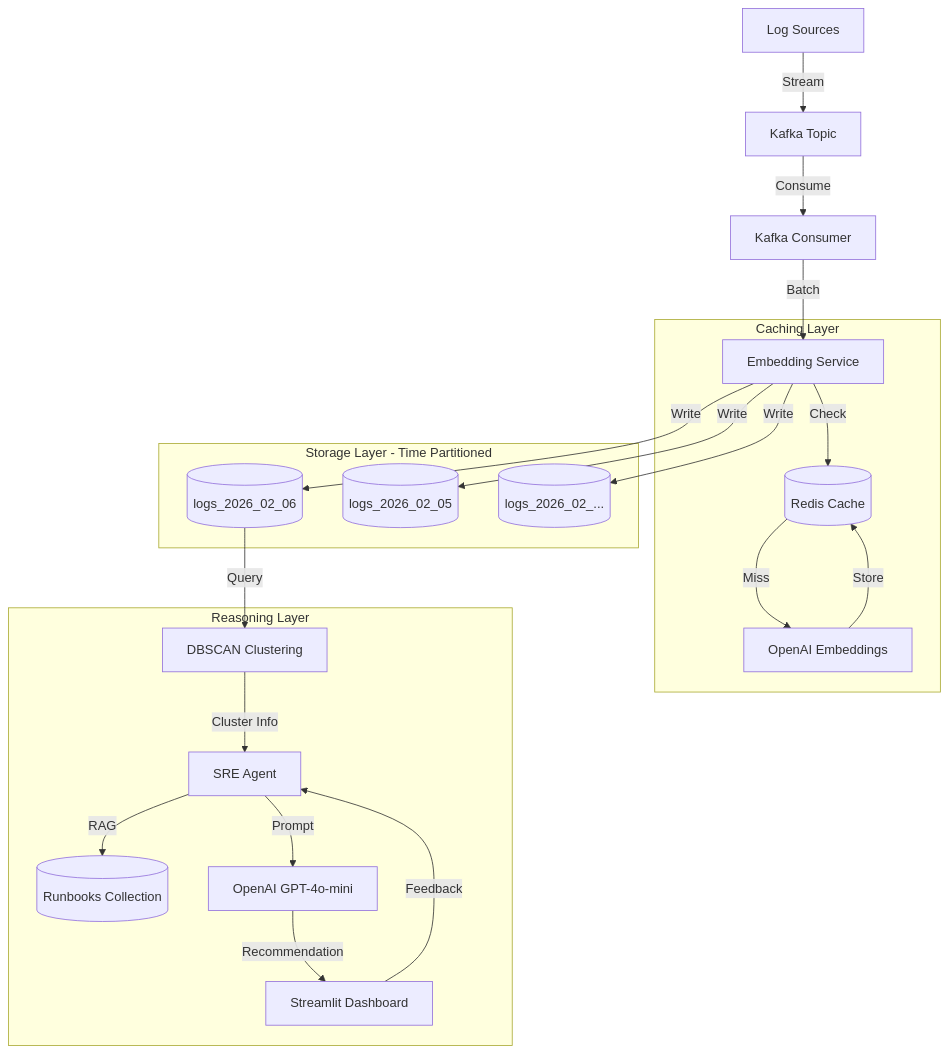
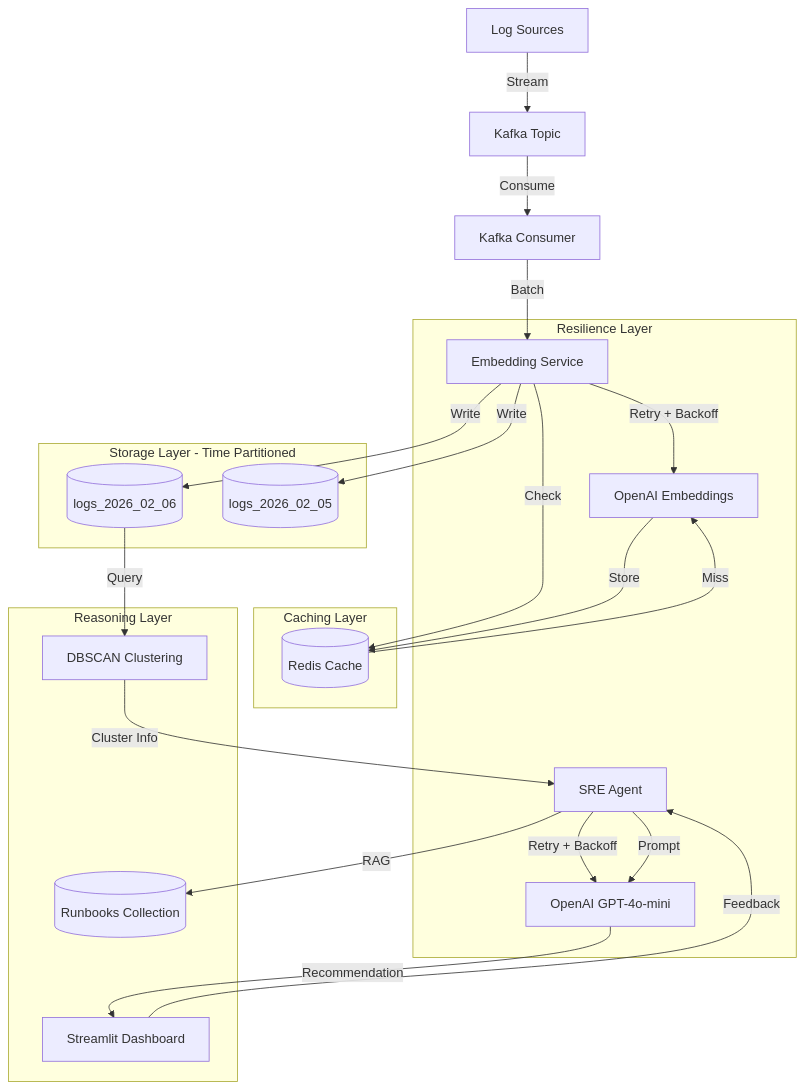
The diagram in README.md (sanjibani/autonomous-sre-agent), drawn with Mermaid before and after one commit.

Commit message:
Update architecture diagram with resilience layer

````diff
--- a/README.md
+++ b/README.md
@@ -24,28 +24,32 @@
 ```mermaid
 graph TD
     Logs[Log Sources] -->|Stream| Kafka[Kafka Topic]
     Kafka -->|Consume| Consumer[Kafka Consumer]
     Consumer -->|Batch| Embed[Embedding Service]
     
+    subgraph "Resilience Layer"
+        Embed -->|Retry + Backoff| OpenAI_Embed[OpenAI Embeddings]
+        Agent -->|Retry + Backoff| OpenAI_LLM[OpenAI GPT-4o-mini]
+    end
+
     subgraph "Caching Layer"
         Embed -->|Check| Redis[(Redis Cache)]
-        Redis -->|Miss| OpenAI[OpenAI Embeddings]
-        OpenAI -->|Store| Redis
+        Redis -->|Miss| OpenAI_Embed
+        OpenAI_Embed -->|Store| Redis
     end
     
     subgraph "Storage Layer - Time Partitioned"
         Embed -->|Write| Today[(logs_2026_02_06)]
         Embed -->|Write| Yesterday[(logs_2026_02_05)]
-        Embed -->|Write| Older[(logs_2026_02_...)]
     end
     
     subgraph "Reasoning Layer"
         Today -->|Query| Clustering[DBSCAN Clustering]
         Clustering -->|Cluster Info| Agent[SRE Agent]
         Agent -->|RAG| Runbooks[(Runbooks Collection)]
-        Agent -->|Prompt| GPT[OpenAI GPT-4o-mini]
-        GPT -->|Recommendation| Dashboard[Streamlit Dashboard]
+        Agent -->|Prompt| OpenAI_LLM
+        OpenAI_LLM -->|Recommendation| Dashboard[Streamlit Dashboard]
     end
     
     Dashboard -->|Feedback| Agent
 ```
````
